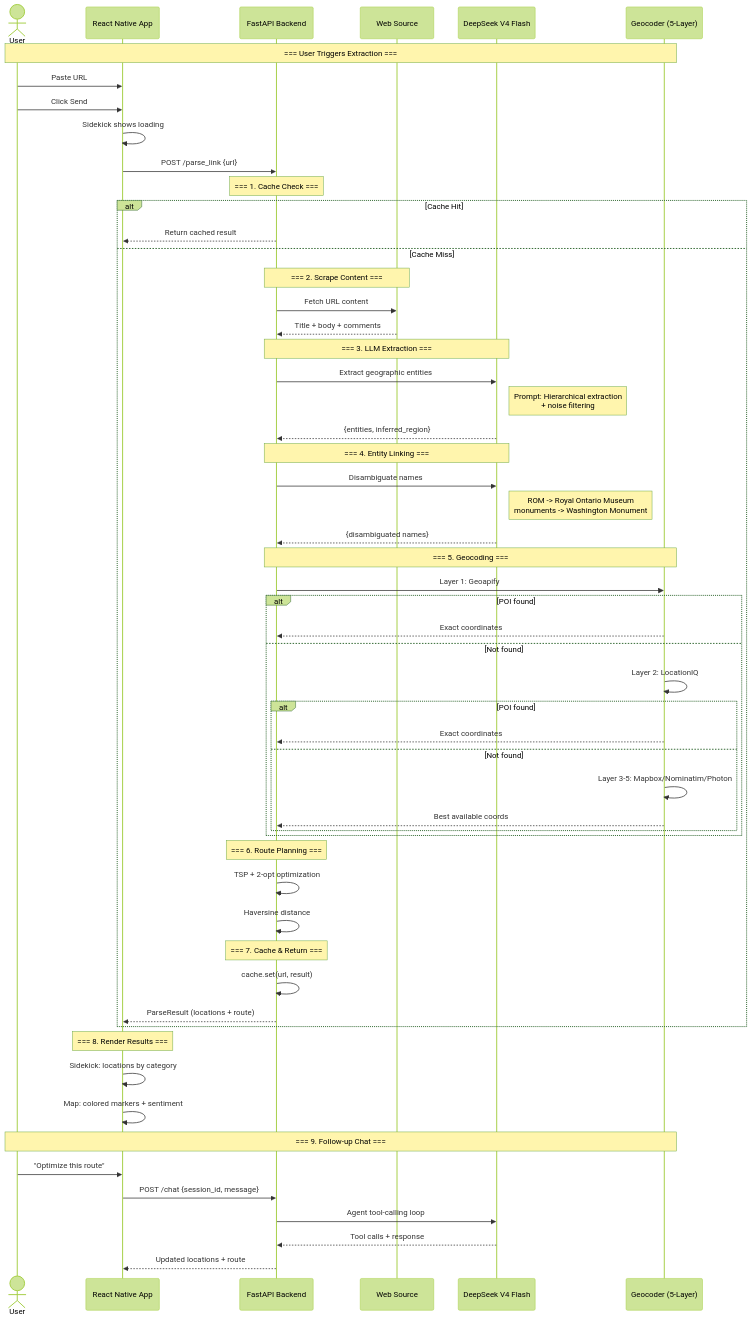
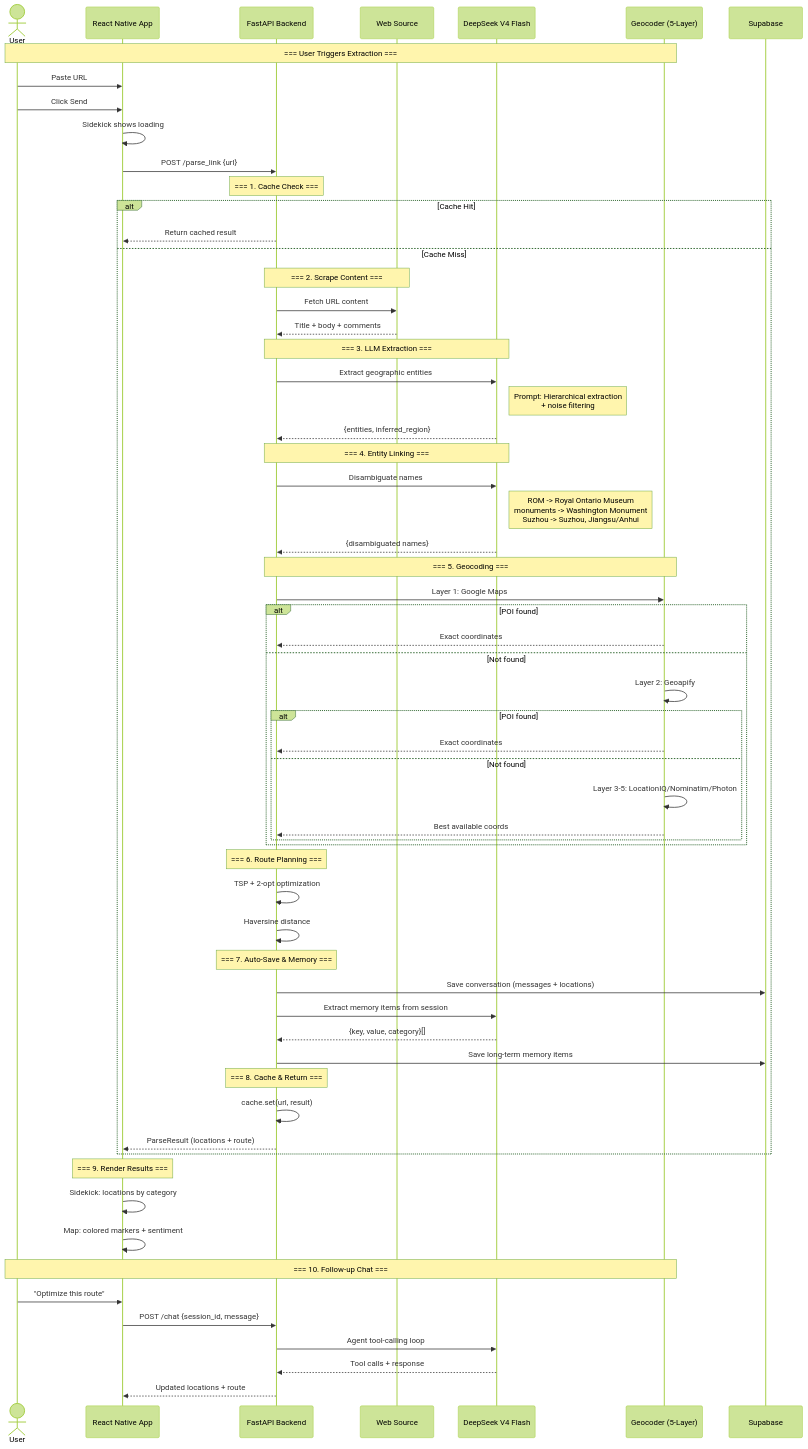
The second of 2 diagrams in README.md (zjwang168/atlas-mobile), drawn with Mermaid (forest theme) before and after one commit. The commit also changed other lines of this file and 18 other files, not shown here.

First line of the commit message:
git commit -m "feat: long-term memory system, marker-list linkage, geocoding improvements

````diff
--- a/README.md
+++ b/README.md
@@ -111,69 +116,76 @@
 ```mermaid
 sequenceDiagram
     actor User
     participant App as React Native App
     participant Backend as FastAPI Backend
     participant Source as Web Source
     participant LLM as DeepSeek V4 Flash
     participant Geo as Geocoder (5-Layer)
+    participant DB as Supabase
 
     Note over User,Geo: === User Triggers Extraction ===
     
     User->>App: Paste URL
     User->>App: Click Send
     
     App->>App: Sidekick shows loading
     App->>Backend: POST /parse_link {url}
     
     Note over Backend: === 1. Cache Check ===
     alt Cache Hit
         Backend-->>App: Return cached result
     else Cache Miss
         Note over Backend,Source: === 2. Scrape Content ===
         Backend->>Source: Fetch URL content
         Source-->>Backend: Title + body + comments
         
         Note over Backend,LLM: === 3. LLM Extraction ===
         Backend->>LLM: Extract geographic entities
         Note right of LLM: Prompt: Hierarchical extraction<br/>+ noise filtering
         LLM-->>Backend: {entities, inferred_region}
         
         Note over Backend,LLM: === 4. Entity Linking ===
         Backend->>LLM: Disambiguate names
-        Note right of LLM: ROM -> Royal Ontario Museum<br/>monuments -> Washington Monument
+        Note right of LLM: ROM -> Royal Ontario Museum<br/>monuments -> Washington Monument<br/>Suzhou -> Suzhou, Jiangsu/Anhui
         LLM-->>Backend: {disambiguated names}
         
         Note over Backend,Geo: === 5. Geocoding ===
-        Backend->>Geo: Layer 1: Geoapify
+        Backend->>Geo: Layer 1: Google Maps
         alt POI found
             Geo-->>Backend: Exact coordinates
         else Not found
-            Geo->>Geo: Layer 2: LocationIQ
+            Geo->>Geo: Layer 2: Geoapify
             alt POI found
                 Geo-->>Backend: Exact coordinates
             else Not found
-                Geo->>Geo: Layer 3-5: Mapbox/Nominatim/Photon
+                Geo->>Geo: Layer 3-5: LocationIQ/Nominatim/Photon
                 Geo-->>Backend: Best available coords
             end
         end
         
         Note over Backend: === 6. Route Planning ===
         Backend->>Backend: TSP + 2-opt optimization
         Backend->>Backend: Haversine distance
         
-        Note over Backend: === 7. Cache & Return ===
+        Note over Backend: === 7. Auto-Save & Memory ===
+        Backend->>DB: Save conversation (messages + locations)
+        Backend->>LLM: Extract memory items from session
+        LLM-->>Backend: {key, value, category}[]
+        Backend->>DB: Save long-term memory items
+        
+        Note over Backend: === 8. Cache & Return ===
         Backend->>Backend: cache.set(url, result)
         Backend-->>App: ParseResult (locations + route)
     end
     
-    Note over App: === 8. Render Results ===
+    Note over App: === 9. Render Results ===
     App->>App: Sidekick: locations by category
     App->>App: Map: colored markers + sentiment
     
-    Note over User,Geo: === 9. Follow-up Chat ===
+    Note over User,Geo: === 10. Follow-up Chat ===
     User->>App: "Optimize this route"
     App->>Backend: POST /chat {session_id, message}
     Backend->>LLM: Agent tool-calling loop
     LLM-->>Backend: Tool calls + response
     Backend-->>App: Updated locations + route
 ```
````
